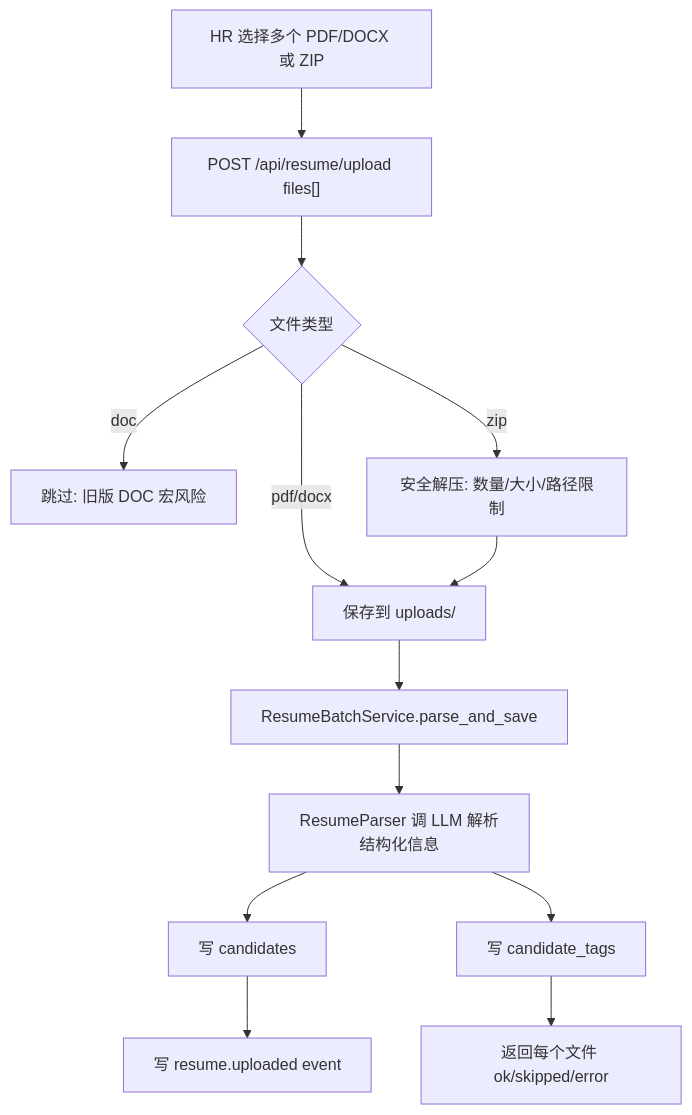
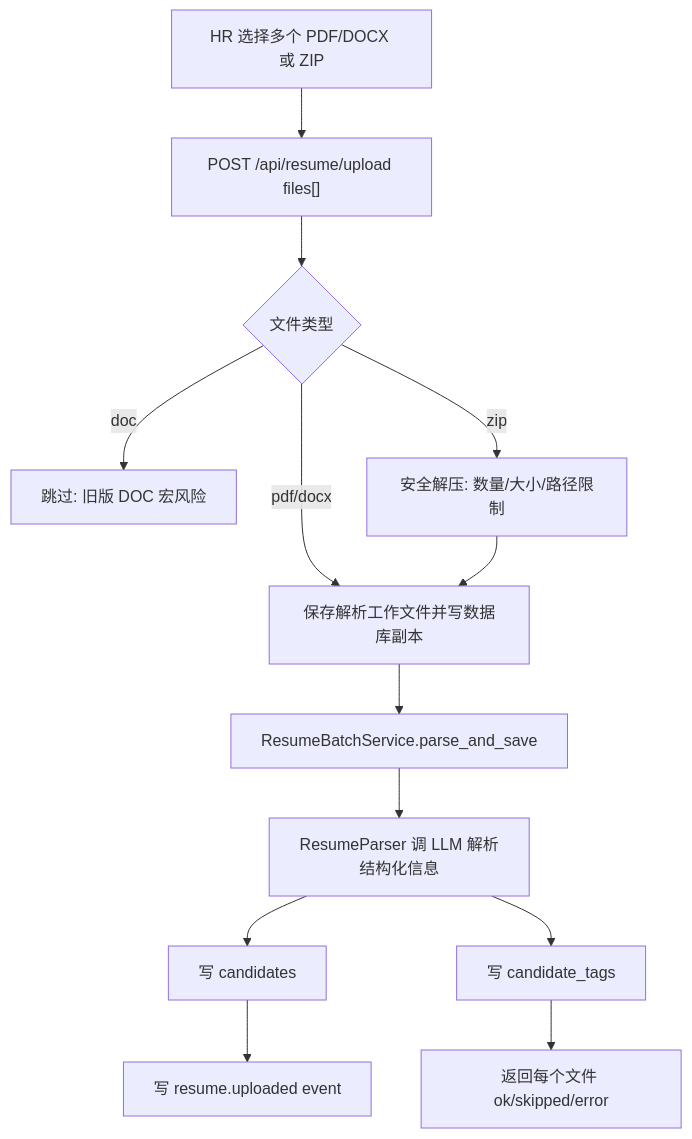
Before and after one commit to hl13544175837-coder/jia-ke-chong-review: the third of 3 diagrams in docs/SDD-智聘招聘系统-v1.0.md, drawn with Mermaid. The commit also changed other lines of this file and 36 other files, not shown here.

````diff
--- a/docs/SDD-智聘招聘系统-v1.0.md
+++ b/docs/SDD-智聘招聘系统-v1.0.md
@@ -510,15 +511,15 @@
 ```mermaid
 flowchart TD
   A["HR 选择多个 PDF/DOCX 或 ZIP"] --> B["POST /api/resume/upload files[]"]
   B --> C{"文件类型"}
-  C -->|"pdf/docx"| D["保存到 uploads/"]
+  C -->|"pdf/docx"| D["保存解析工作文件并写数据库副本"]
   C -->|"doc"| X["跳过: 旧版 DOC 宏风险"]
   C -->|"zip"| E["安全解压: 数量/大小/路径限制"]
   E --> D
   D --> F["ResumeBatchService.parse_and_save"]
   F --> G["ResumeParser 调 LLM 解析结构化信息"]
   G --> H["写 candidates"]
   G --> I["写 candidate_tags"]
   H --> J["写 resume.uploaded event"]
   I --> K["返回每个文件 ok/skipped/error"]
 ```
````
